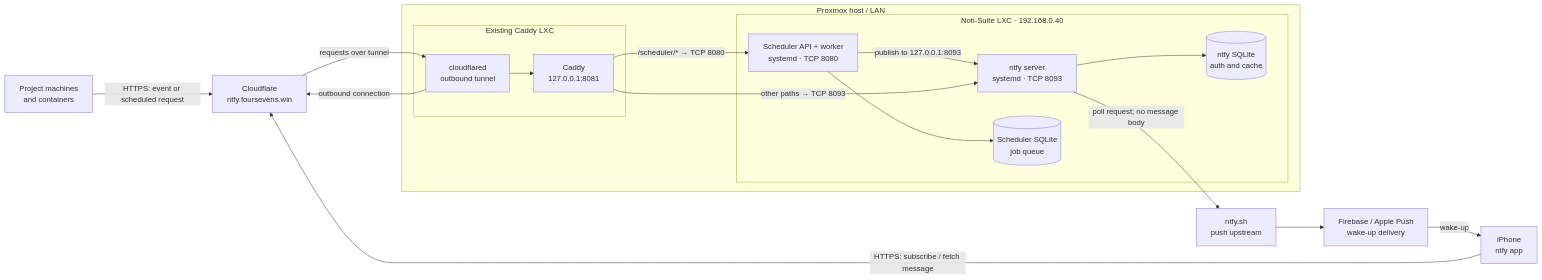
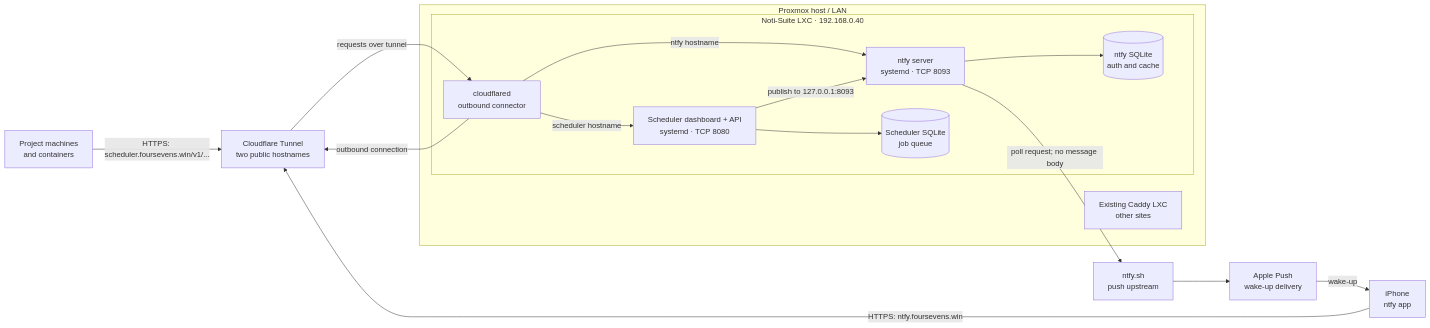
Before and after one commit to FourtySevens/Noti-Suite: the diagram in NETWORK.md, drawn with Mermaid. The commit also changed other lines of this file and 5 other files, not shown here.

````diff
--- a/NETWORK.md
+++ b/NETWORK.md
@@ -3,35 +3,32 @@
 ```mermaid
 flowchart LR
     Projects[Project machines<br/>and containers]
     Phone[iPhone<br/>ntfy app]
-    Edge[Cloudflare<br/>ntfy.foursevens.win]
+    Edge[Cloudflare Tunnel<br/>two public hostnames]
     Push[ntfy.sh<br/>push upstream]
-    APNS[Firebase / Apple Push<br/>wake-up delivery]
+    APNS[Apple Push<br/>wake-up delivery]
 
     subgraph Proxmox[Proxmox host / LAN]
-        subgraph ProxyLXC[Existing Caddy LXC]
-            Tunnel[cloudflared<br/>outbound tunnel]
-            Caddy[Caddy<br/>127.0.0.1:8081]
-            Tunnel --> Caddy
-        end
         subgraph AppLXC[Noti-Suite LXC · 192.168.0.40]
-            API[Scheduler API + worker<br/>systemd · TCP 8080]
+            Tunnel[cloudflared<br/>outbound connector]
+            API[Scheduler dashboard + API<br/>systemd · TCP 8080]
             Ntfy[ntfy server<br/>systemd · TCP 8093]
             Jobs[(Scheduler SQLite<br/>job queue)]
             NData[(ntfy SQLite<br/>auth and cache)]
+            Tunnel -->|scheduler hostname| API
+            Tunnel -->|ntfy hostname| Ntfy
             API -->|publish to 127.0.0.1:8093| Ntfy
             API --> Jobs
             Ntfy --> NData
         end
+        Caddy[Existing Caddy LXC<br/>other sites]
     end
 
-    Projects -->|HTTPS: event or scheduled request| Edge
-    Phone -->|HTTPS: subscribe / fetch message| Edge
+    Projects -->|HTTPS: scheduler.foursevens.win/v1/...| Edge
+    Phone -->|HTTPS: ntfy.foursevens.win| Edge
     Tunnel -->|outbound connection| Edge
     Edge -->|requests over tunnel| Tunnel
-    Caddy -->|/scheduler/* → TCP 8080| API
-    Caddy -->|other paths → TCP 8093| Ntfy
     Ntfy -->|poll request; no message body| Push
     Push --> APNS
     APNS -->|wake-up| Phone
 ```
````
